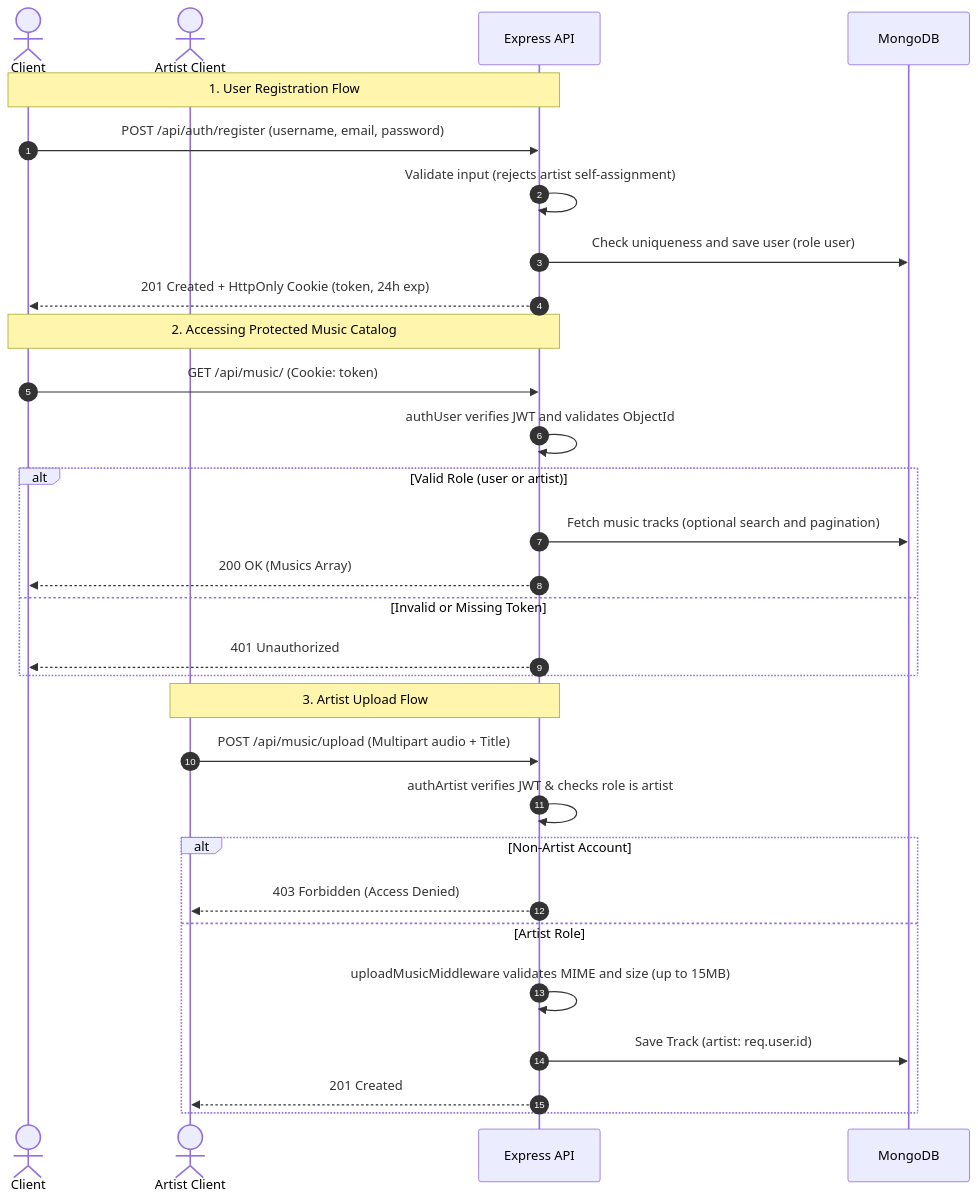
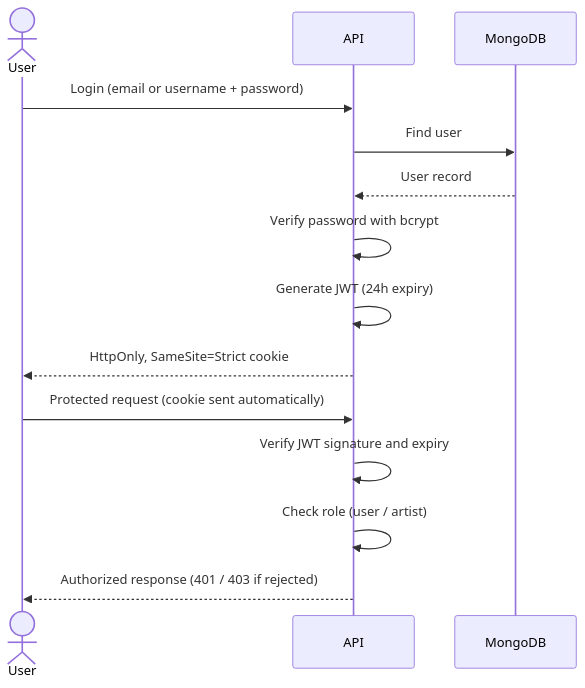
The second of 2 diagrams in README.md (shreyar04/coda), drawn with Mermaid before and after one commit. The commit also changed other lines of this file, not shown here.

````diff
--- a/README.md
+++ b/README.md
@@ -79,35 +63,18 @@
 ```mermaid
 sequenceDiagram
-    autonumber
-    actor User as Client
-    actor Artist as Artist Client
-    participant API as Express API
+    actor User
+    participant API
     participant DB as MongoDB
 
-    Note over User, API: 1. User Registration Flow
-    User->>API: POST /api/auth/register (username, email, password)
-    API->>API: Validate input (rejects artist self-assignment)
-    API->>DB: Check uniqueness and save user (role user)
-    API-->>User: 201 Created + HttpOnly Cookie (token, 24h exp)
+    User->>API: Login (email or username + password)
+    API->>DB: Find user
+    DB-->>API: User record
+    API->>API: Verify password with bcrypt
+    API->>API: Generate JWT (24h expiry)
+    API-->>User: HttpOnly, SameSite=Strict cookie
 
-    Note over User, API: 2. Accessing Protected Music Catalog
-    User->>API: GET /api/music/ (Cookie: token)
-    API->>API: authUser verifies JWT and validates ObjectId
-    alt Valid Role (user or artist)
-        API->>DB: Fetch music tracks (optional search and pagination)
-        API-->>User: 200 OK (Musics Array)
-    else Invalid or Missing Token
-        API-->>User: 401 Unauthorized
-    end
-
-    Note over Artist, API: 3. Artist Upload Flow
-    Artist->>API: POST /api/music/upload (Multipart audio + Title)
-    API->>API: authArtist verifies JWT & checks role is artist
-    alt Non-Artist Account
-        API-->>Artist: 403 Forbidden (Access Denied)
-    else Artist Role
-        API->>API: uploadMusicMiddleware validates MIME and size (up to 15MB)
-        API->>DB: Save Track (artist: req.user.id)
-        API-->>Artist: 201 Created
-    end
+    User->>API: Protected request (cookie sent automatically)
+    API->>API: Verify JWT signature and expiry
+    API->>API: Check role (user / artist)
+    API-->>User: Authorized response (401 / 403 if rejected)
 ```
````
